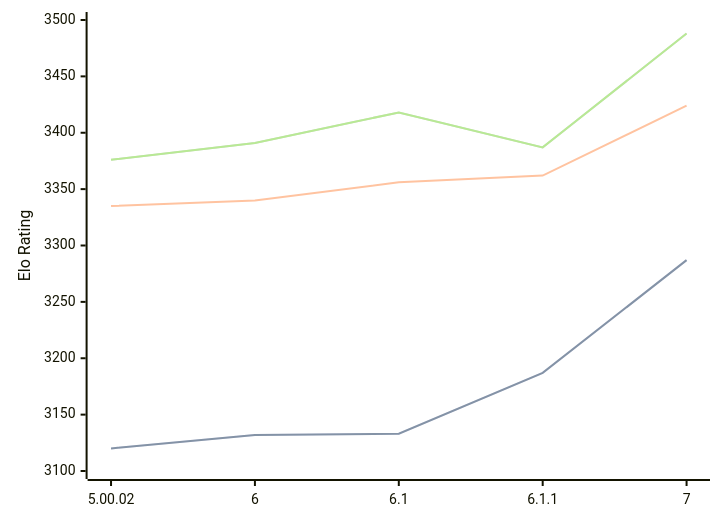
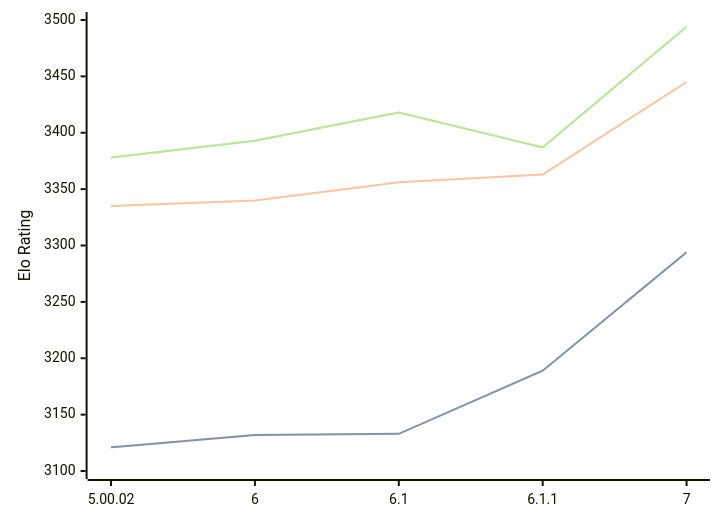
The third of 3 diagrams in engines/Zangdar.md (computer-chess-index/cci), drawn with Mermaid before and after one commit. The commit also changed other lines of this file, not shown here.

Commit message:
Update CCI Ratings (ELO VLTC) - 2026-07-17

````diff
--- a/engines/Zangdar.md
+++ b/engines/Zangdar.md
@@ -80,11 +80,11 @@
 ```mermaid
 %%{init: {"theme":"base","themeVariables":{"seriesColors:['#a3a3a3','#222221','#faa371']}}}%%
 xychart-beta
   x-axis ["5.00.02", "6", "6.1", "6.1.1", "7"]
   y-axis "Elo Rating" 3100 --> 3500
-  line "STC (8.0+0.08s)" [3120, 3132, 3133, 3187, 3287]
-  line "STC (8.0+0.08s)" [3120, 3132, 3133, 3187, 3287]
-  line "LTC (60.0+0.60s)" [3335, 3340, 3356, 3362, 3424]
-  line "VLTC (2m24s+1.12s)" [3376, 3391, 3418, 3387, 3488]
-  line "VLTC (2m24s+1.12s)" [3376, 3391, 3418, 3387, 3488]
+  line "STC (8.0+0.08s)" [3121, 3132, 3133, 3189, 3294]
+  line "STC (8.0+0.08s)" [3121, 3132, 3133, 3189, 3294]
+  line "LTC (60.0+0.60s)" [3335, 3340, 3356, 3363, 3445]
+  line "VLTC (2m24s+1.12s)" [3378, 3393, 3418, 3387, 3494]
+  line "VLTC (2m24s+1.12s)" [3378, 3393, 3418, 3387, 3494]
 ```
````
